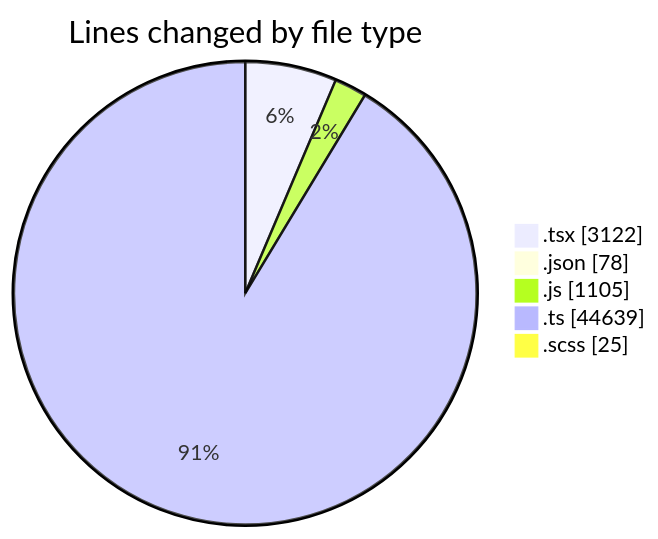
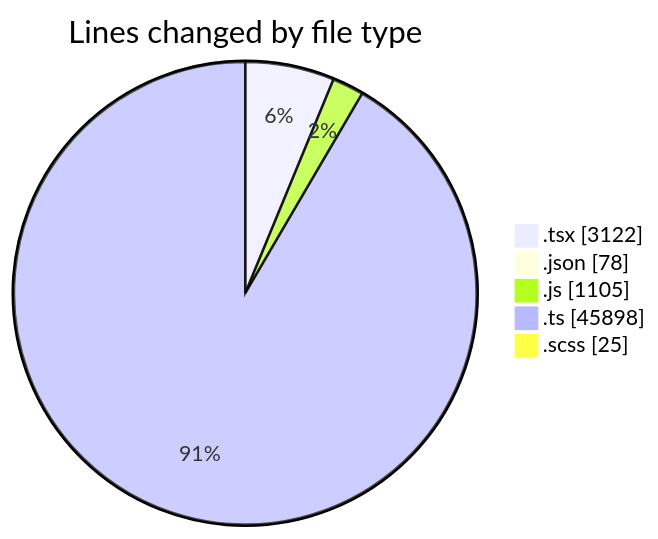
The first of 2 diagrams in 2026-10-19/cda/README.md (momahboobian/code-tracking), drawn with Mermaid before and after one commit. The commit also changed other lines of this file and 1 other file, not shown here.

````diff
--- a/2026-10-19/cda/README.md
+++ b/2026-10-19/cda/README.md
@@ -42,9 +45,9 @@
 ```mermaid
 pie showData
 title Lines changed by file type
 ".tsx" : 3122
 ".json" : 78
 ".js" : 1105
-".ts" : 44639
+".ts" : 45898
 ".scss" : 25
 ```
````
